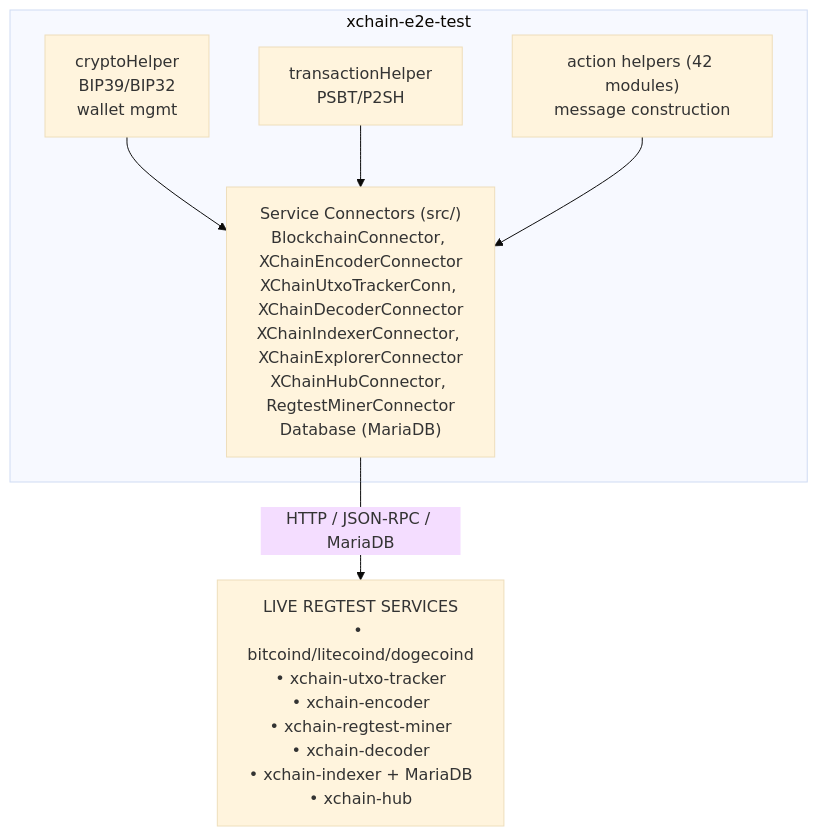
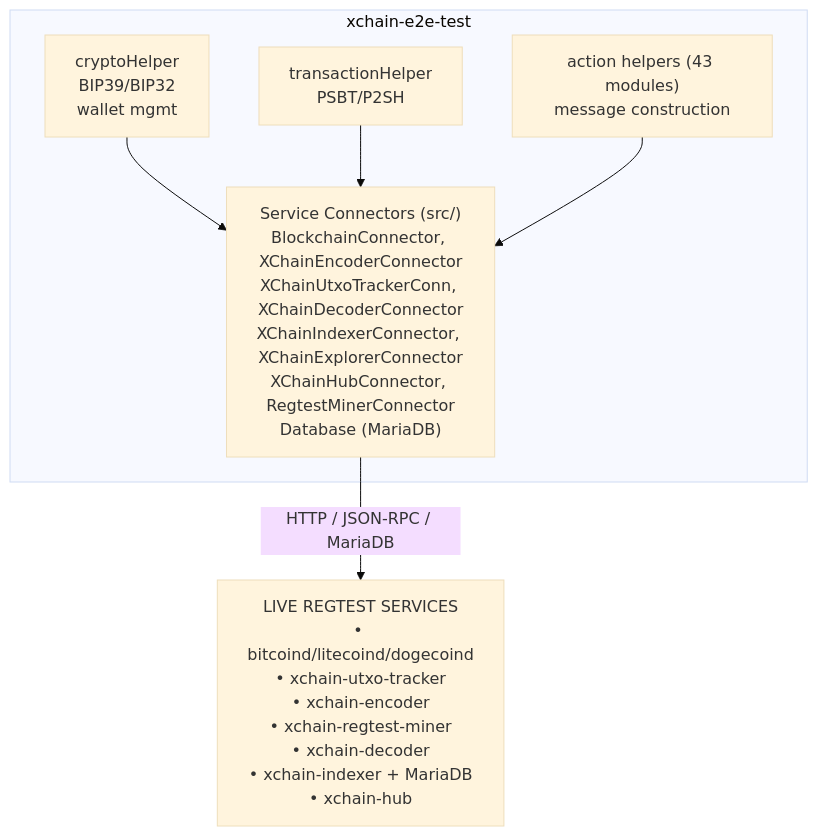
One commit to XChain-Platform/xchain-documentation changed the second of 2 diagrams in components/e2e-test/README.md. Above: the diagram before and after it, drawn with Mermaid (base theme). The commit also changed 1 other file, not shown here.

Commit message:
docs(e2e-test): follow the helper module count to 43

````diff
--- a/components/e2e-test/README.md
+++ b/components/e2e-test/README.md
@@ -65,14 +65,14 @@
 ```mermaid
 flowchart TD
     subgraph E2E["xchain-e2e-test"]
         CH["cryptoHelper<br>BIP39/BIP32<br>wallet mgmt"]
         TH["transactionHelper<br>PSBT/P2SH"]
-        AH["action helpers (42 modules)<br>message construction"]
+        AH["action helpers (43 modules)<br>message construction"]
         SC["Service Connectors (src/)<br>BlockchainConnector, XChainEncoderConnector<br>XChainUtxoTrackerConn, XChainDecoderConnector<br>XChainIndexerConnector, XChainExplorerConnector<br>XChainHubConnector, RegtestMinerConnector<br>Database (MariaDB)"]
         CH --> SC
         TH --> SC
         AH --> SC
     end
     SVC["LIVE REGTEST SERVICES<br>• bitcoind/litecoind/dogecoind<br>• xchain-utxo-tracker<br>• xchain-encoder<br>• xchain-regtest-miner<br>• xchain-decoder<br>• xchain-indexer + MariaDB<br>• xchain-hub"]
     SC -->|HTTP / JSON-RPC / MariaDB| SVC
 ```
````
